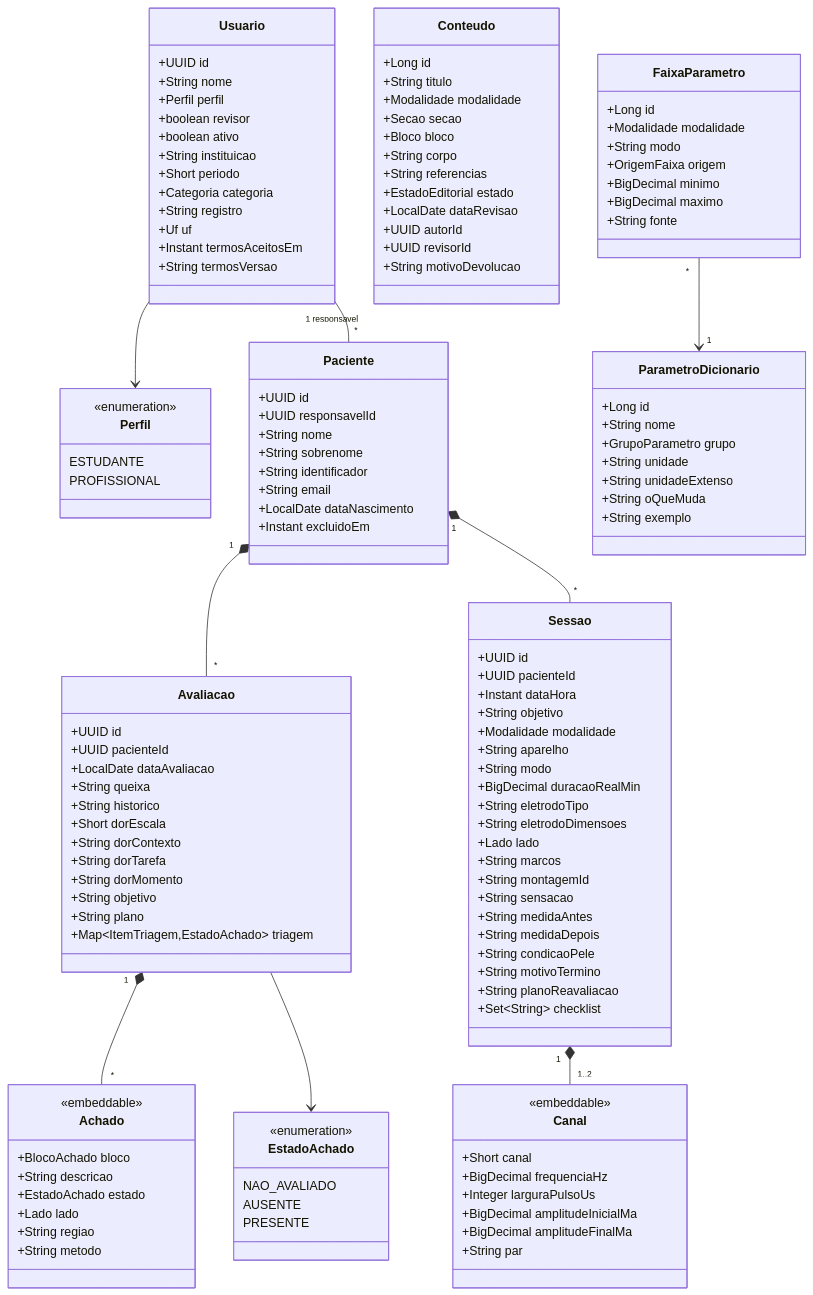
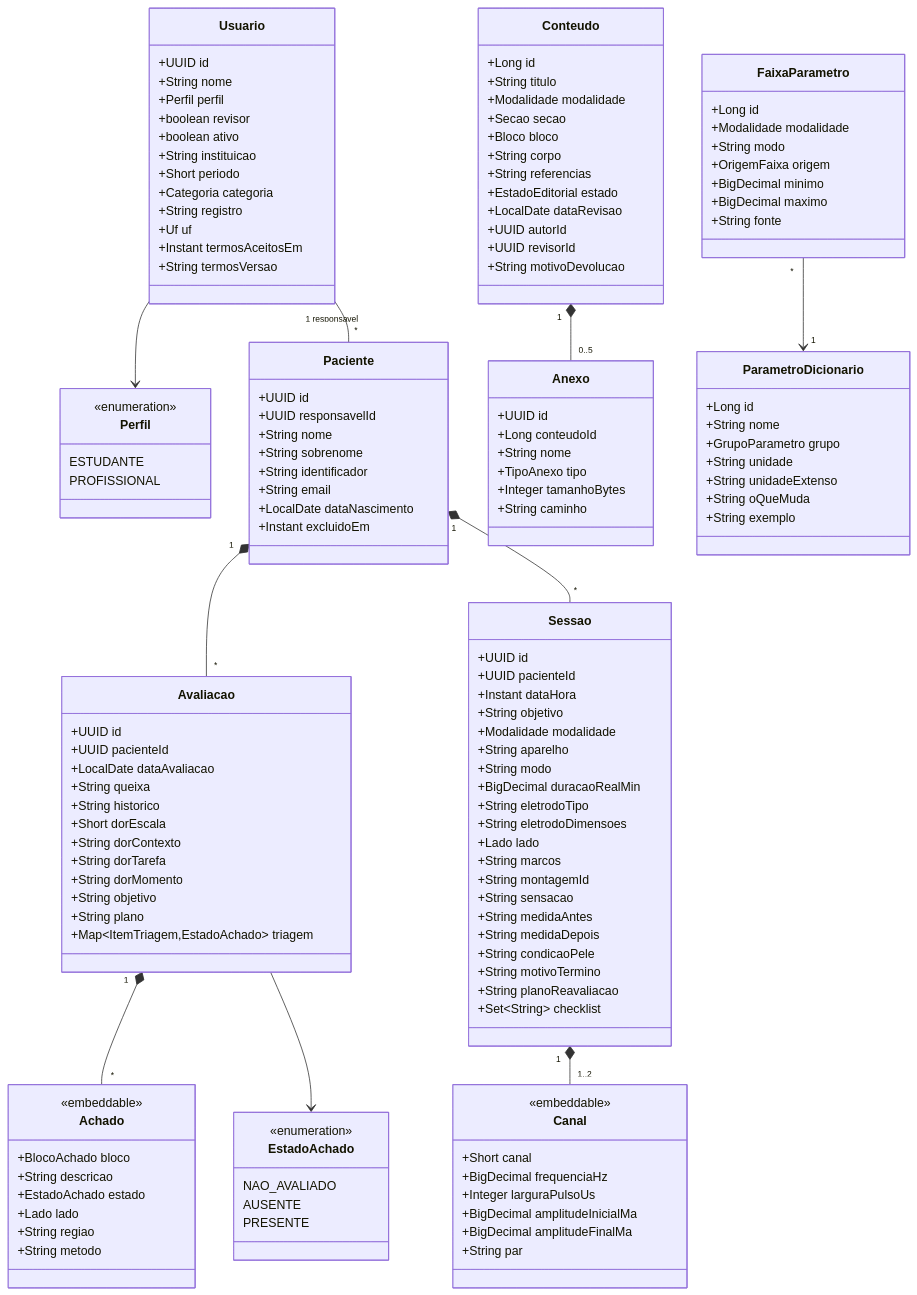
One commit to eksdat/tens-fes-web changed the second of 7 diagrams in backend/README.md. Above: the diagram before and after it, drawn with Mermaid. The commit also changed other lines of this file and 3 other files, not shown here.

```diff
--- a/backend/README.md
+++ b/backend/README.md
@@ -478,6 +488,14 @@
         +UUID revisorId
         +String motivoDevolucao
     }
+    class Anexo {
+        +UUID id
+        +Long conteudoId
+        +String nome
+        +TipoAnexo tipo
+        +Integer tamanhoBytes
+        +String caminho
+    }
     class ParametroDicionario {
         +Long id
         +String nome
@@ -498,6 +516,7 @@
     }
 
     Usuario --> Perfil
+    Conteudo "1" *-- "0..5" Anexo
     Usuario "1 responsavel" -- "*" Paciente
     Paciente "1" *-- "*" Avaliacao
     Paciente "1" *-- "*" Sessao
```
